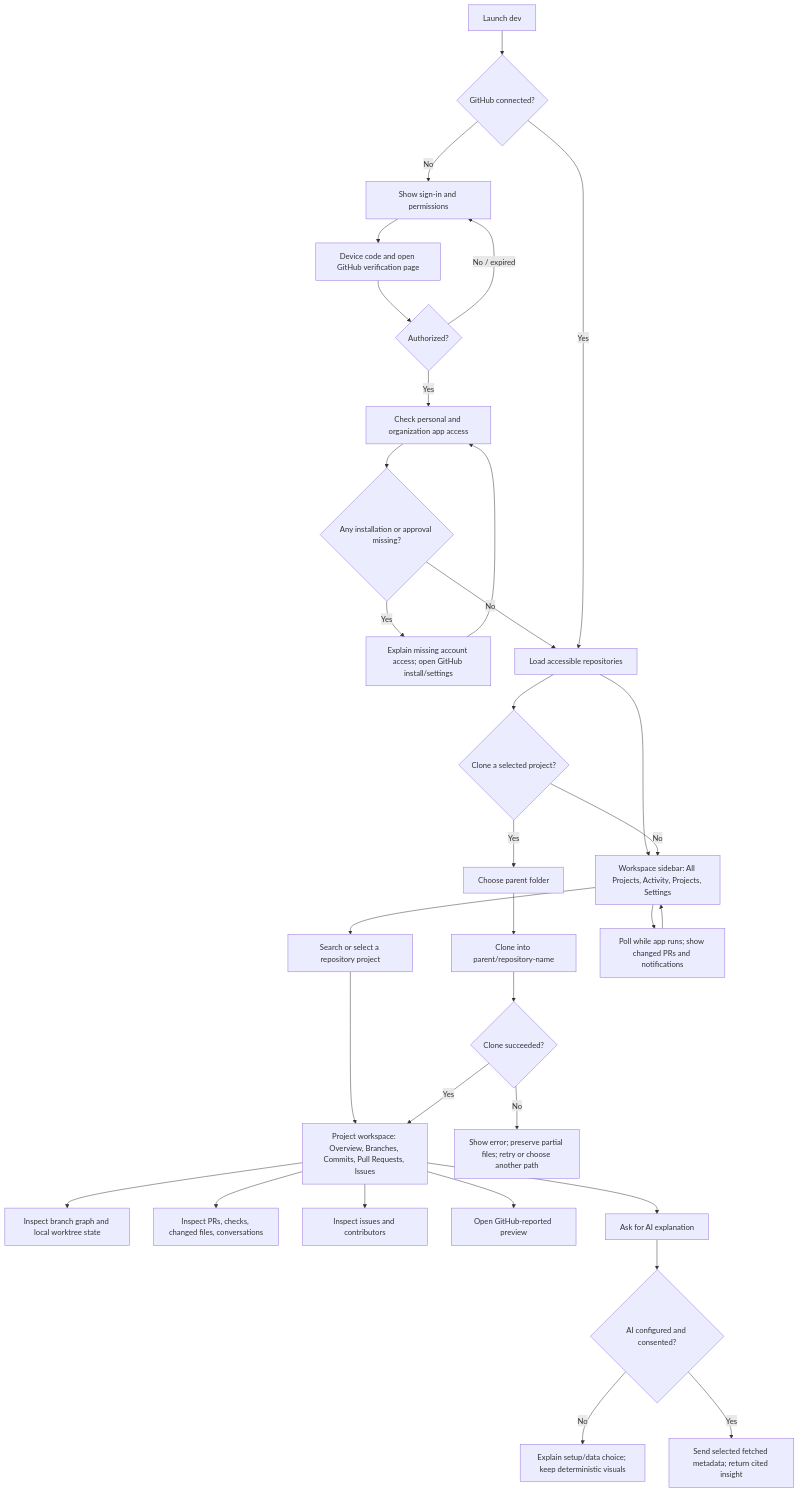
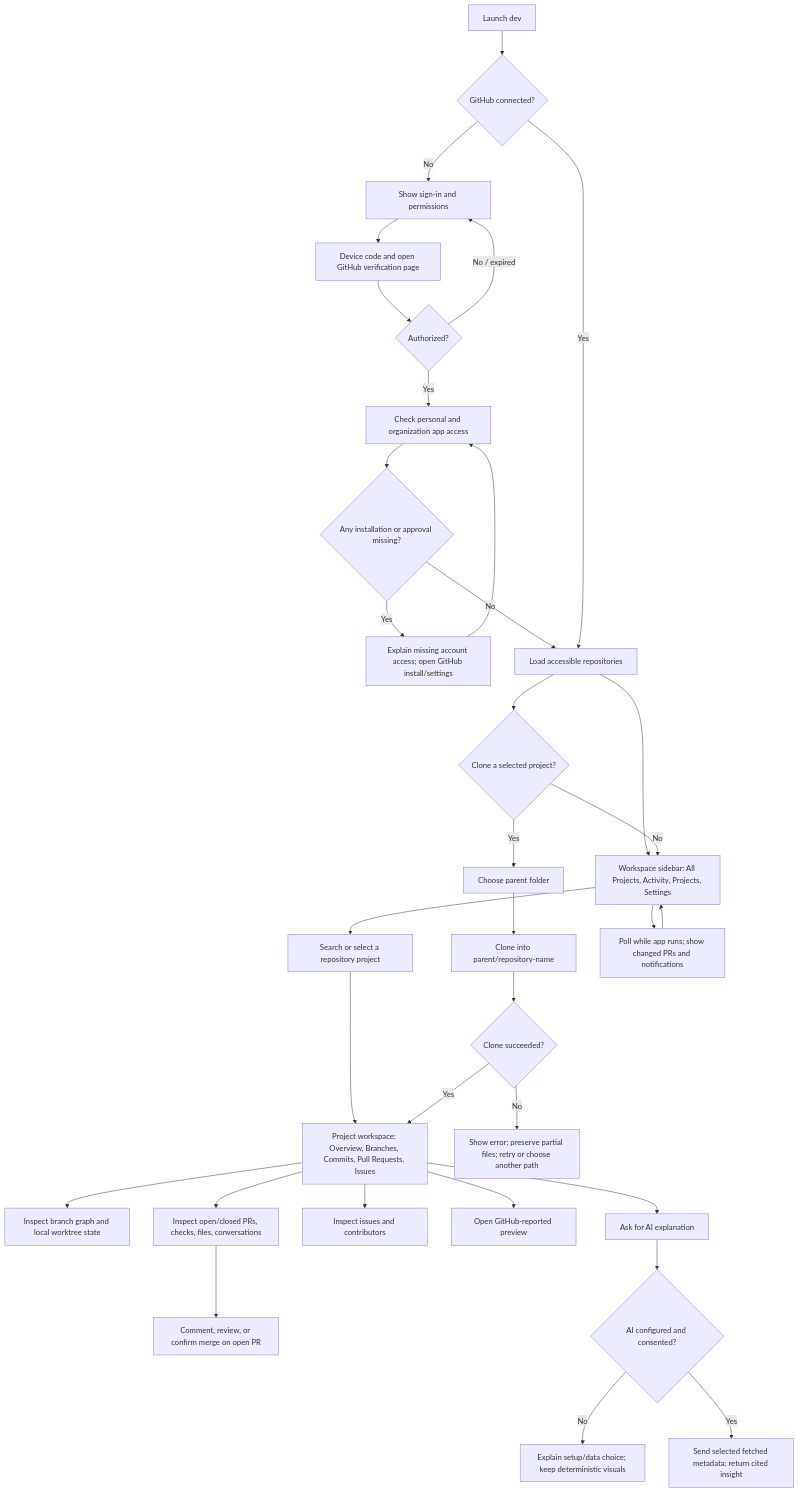
The diagram in END_TO_END_FLOW.md (hiroqt/dev), drawn with Mermaid before and after one commit. The commit also changed other lines of this file and 15 other files, not shown here.

````diff
--- a/END_TO_END_FLOW.md
+++ b/END_TO_END_FLOW.md
@@ -5,34 +5,35 @@
 ```mermaid
 flowchart TD
     A[Launch dev] --> B{GitHub connected?}
     B -- No --> C[Show sign-in and permissions]
     C --> D[Device code and open GitHub verification page]
     D --> E{Authorized?}
     E -- No / expired --> C
     E -- Yes --> F[Check personal and organization app access]
     F --> G{Any installation or approval missing?}
     G -- Yes --> H[Explain missing account access; open GitHub install/settings]
     H --> F
     G -- No --> I[Load accessible repositories]
     B -- Yes --> I
     I --> J[Workspace sidebar: All Projects, Activity, Projects, Settings]
     J --> K[Search or select a repository project]
     K --> L[Project workspace: Overview, Branches, Commits, Pull Requests, Issues]
     L --> M[Inspect branch graph and local worktree state]
-    L --> N[Inspect PRs, checks, changed files, conversations]
+    L --> N[Inspect open/closed PRs, checks, files, conversations]
+    N --> N1[Comment, review, or confirm merge on open PR]
     L --> O[Inspect issues and contributors]
     L --> P[Open GitHub-reported preview]
     L --> Q[Ask for AI explanation]
     Q --> R{AI configured and consented?}
     R -- No --> S[Explain setup/data choice; keep deterministic visuals]
     R -- Yes --> T[Send selected fetched metadata; return cited insight]
     I --> U{Clone a selected project?}
     U -- Yes --> V[Choose parent folder]
     V --> W[Clone into parent/repository-name]
     W --> X{Clone succeeded?}
     X -- No --> Y[Show error; preserve partial files; retry or choose another path]
     X -- Yes --> L
     U -- No --> J
     J --> Z[Poll while app runs; show changed PRs and notifications]
     Z --> J
 ```
````
